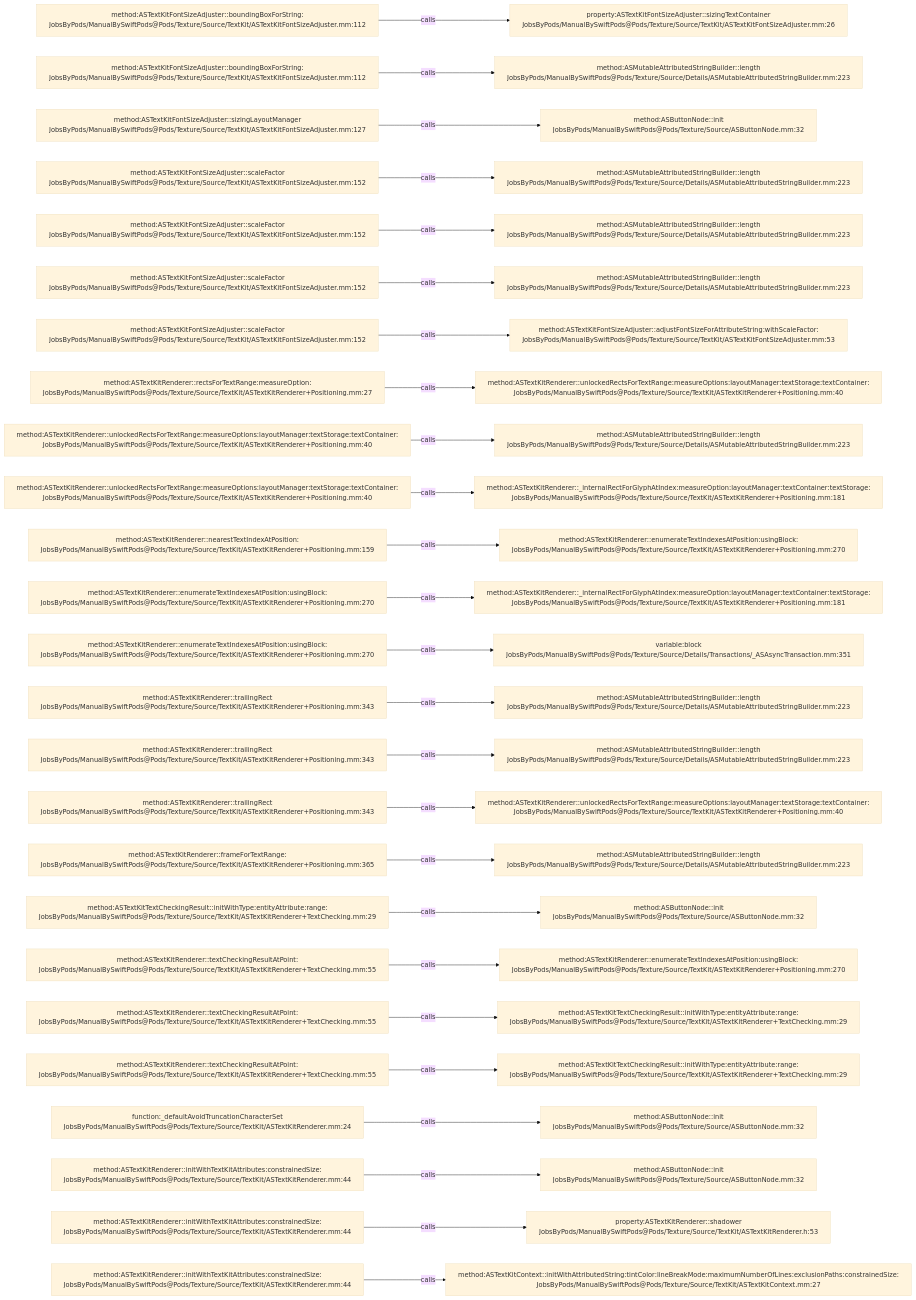
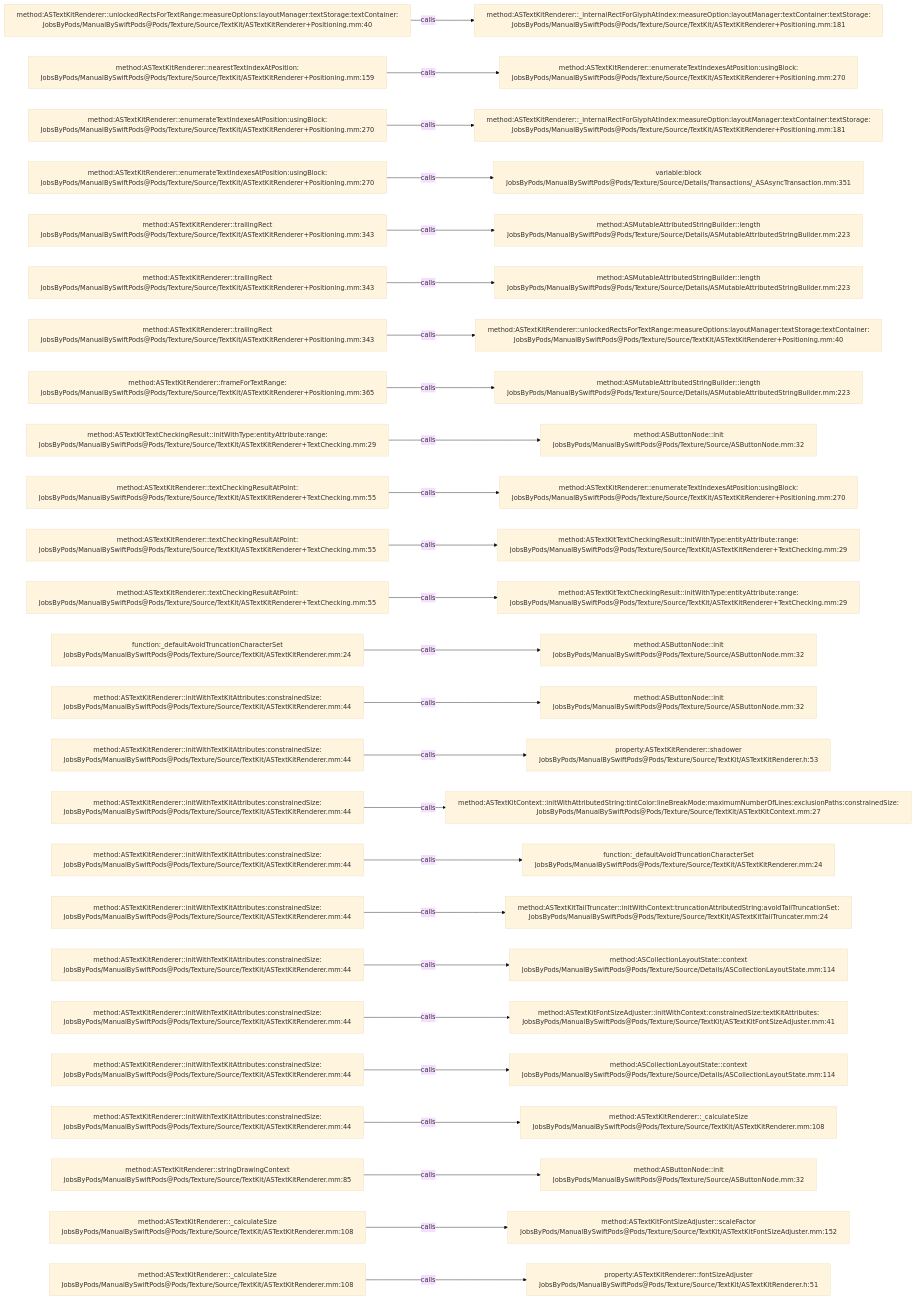
The diagram in .codegraph/codegraph.md/graphs/calls-149.md (JobsKits/JobsSwiftBaseConfigDemo), drawn with Mermaid (base theme) before and after one commit. The commit also changed 707 other files, not shown here.

````diff
--- a/.codegraph/codegraph.md/graphs/calls-149.md
+++ b/.codegraph/codegraph.md/graphs/calls-149.md
@@ -13,78 +13,78 @@
 ```mermaid
 flowchart LR
-  S1["method:ASTextKitFontSizeAdjuster::boundingBoxForString:<br/>JobsByPods/ManualBySwiftPods@Pods/Texture/Source/TextKit/ASTextKitFontSizeAdjuster.mm:112"]
-  T1["property:ASTextKitFontSizeAdjuster::sizingTextContainer<br/>JobsByPods/ManualBySwiftPods@Pods/Texture/Source/TextKit/ASTextKitFontSizeAdjuster.mm:26"]
+  S1["method:ASTextKitRenderer::unlockedRectsForTextRange:measureOptions:layoutManager:textStorage:textContainer:<br/>JobsByPods/ManualBySwiftPods@Pods/Texture/Source/TextKit/ASTextKitRenderer+Positioning.mm:40"]
+  T1["method:ASTextKitRenderer::_internalRectForGlyphAtIndex:measureOption:layoutManager:textContainer:textStorage:<br/>JobsByPods/ManualBySwiftPods@Pods/Texture/Source/TextKit/ASTextKitRenderer+Positioning.mm:181"]
   S1 -->|calls| T1
-  S2["method:ASTextKitFontSizeAdjuster::boundingBoxForString:<br/>JobsByPods/ManualBySwiftPods@Pods/Texture/Source/TextKit/ASTextKitFontSizeAdjuster.mm:112"]
-  T2["method:ASMutableAttributedStringBuilder::length<br/>JobsByPods/ManualBySwiftPods@Pods/Texture/Source/Details/ASMutableAttributedStringBuilder.mm:223"]
+  S2["method:ASTextKitRenderer::nearestTextIndexAtPosition:<br/>JobsByPods/ManualBySwiftPods@Pods/Texture/Source/TextKit/ASTextKitRenderer+Positioning.mm:159"]
+  T2["method:ASTextKitRenderer::enumerateTextIndexesAtPosition:usingBlock:<br/>JobsByPods/ManualBySwiftPods@Pods/Texture/Source/TextKit/ASTextKitRenderer+Positioning.mm:270"]
   S2 -->|calls| T2
-  S3["method:ASTextKitFontSizeAdjuster::sizingLayoutManager<br/>JobsByPods/ManualBySwiftPods@Pods/Texture/Source/TextKit/ASTextKitFontSizeAdjuster.mm:127"]
-  T3["method:ASButtonNode::init<br/>JobsByPods/ManualBySwiftPods@Pods/Texture/Source/ASButtonNode.mm:32"]
+  S3["method:ASTextKitRenderer::enumerateTextIndexesAtPosition:usingBlock:<br/>JobsByPods/ManualBySwiftPods@Pods/Texture/Source/TextKit/ASTextKitRenderer+Positioning.mm:270"]
+  T3["method:ASTextKitRenderer::_internalRectForGlyphAtIndex:measureOption:layoutManager:textContainer:textStorage:<br/>JobsByPods/ManualBySwiftPods@Pods/Texture/Source/TextKit/ASTextKitRenderer+Positioning.mm:181"]
   S3 -->|calls| T3
-  S4["method:ASTextKitFontSizeAdjuster::scaleFactor<br/>JobsByPods/ManualBySwiftPods@Pods/Texture/Source/TextKit/ASTextKitFontSizeAdjuster.mm:152"]
-  T4["method:ASMutableAttributedStringBuilder::length<br/>JobsByPods/ManualBySwiftPods@Pods/Texture/Source/Details/ASMutableAttributedStringBuilder.mm:223"]
+  S4["method:ASTextKitRenderer::enumerateTextIndexesAtPosition:usingBlock:<br/>JobsByPods/ManualBySwiftPods@Pods/Texture/Source/TextKit/ASTextKitRenderer+Positioning.mm:270"]
+  T4["variable:block<br/>JobsByPods/ManualBySwiftPods@Pods/Texture/Source/Details/Transactions/_ASAsyncTransaction.mm:351"]
   S4 -->|calls| T4
-  S5["method:ASTextKitFontSizeAdjuster::scaleFactor<br/>JobsByPods/ManualBySwiftPods@Pods/Texture/Source/TextKit/ASTextKitFontSizeAdjuster.mm:152"]
+  S5["method:ASTextKitRenderer::trailingRect<br/>JobsByPods/ManualBySwiftPods@Pods/Texture/Source/TextKit/ASTextKitRenderer+Positioning.mm:343"]
   T5["method:ASMutableAttributedStringBuilder::length<br/>JobsByPods/ManualBySwiftPods@Pods/Texture/Source/Details/ASMutableAttributedStringBuilder.mm:223"]
   S5 -->|calls| T5
-  S6["method:ASTextKitFontSizeAdjuster::scaleFactor<br/>JobsByPods/ManualBySwiftPods@Pods/Texture/Source/TextKit/ASTextKitFontSizeAdjuster.mm:152"]
+  S6["method:ASTextKitRenderer::trailingRect<br/>JobsByPods/ManualBySwiftPods@Pods/Texture/Source/TextKit/ASTextKitRenderer+Positioning.mm:343"]
   T6["method:ASMutableAttributedStringBuilder::length<br/>JobsByPods/ManualBySwiftPods@Pods/Texture/Source/Details/ASMutableAttributedStringBuilder.mm:223"]
   S6 -->|calls| T6
-  S7["method:ASTextKitFontSizeAdjuster::scaleFactor<br/>JobsByPods/ManualBySwiftPods@Pods/Texture/Source/TextKit/ASTextKitFontSizeAdjuster.mm:152"]
-  T7["method:ASTextKitFontSizeAdjuster::adjustFontSizeForAttributeString:withScaleFactor:<br/>JobsByPods/ManualBySwiftPods@Pods/Texture/Source/TextKit/ASTextKitFontSizeAdjuster.mm:53"]
+  S7["method:ASTextKitRenderer::trailingRect<br/>JobsByPods/ManualBySwiftPods@Pods/Texture/Source/TextKit/ASTextKitRenderer+Positioning.mm:343"]
+  T7["method:ASTextKitRenderer::unlockedRectsForTextRange:measureOptions:layoutManager:textStorage:textContainer:<br/>JobsByPods/ManualBySwiftPods@Pods/Texture/Source/TextKit/ASTextKitRenderer+Positioning.mm:40"]
   S7 -->|calls| T7
-  S8["method:ASTextKitRenderer::rectsForTextRange:measureOption:<br/>JobsByPods/ManualBySwiftPods@Pods/Texture/Source/TextKit/ASTextKitRenderer+Positioning.mm:27"]
-  T8["method:ASTextKitRenderer::unlockedRectsForTextRange:measureOptions:layoutManager:textStorage:textContainer:<br/>JobsByPods/ManualBySwiftPods@Pods/Texture/Source/TextKit/ASTextKitRenderer+Positioning.mm:40"]
+  S8["method:ASTextKitRenderer::frameForTextRange:<br/>JobsByPods/ManualBySwiftPods@Pods/Texture/Source/TextKit/ASTextKitRenderer+Positioning.mm:365"]
+  T8["method:ASMutableAttributedStringBuilder::length<br/>JobsByPods/ManualBySwiftPods@Pods/Texture/Source/Details/ASMutableAttributedStringBuilder.mm:223"]
   S8 -->|calls| T8
-  S9["method:ASTextKitRenderer::unlockedRectsForTextRange:measureOptions:layoutManager:textStorage:textContainer:<br/>JobsByPods/ManualBySwiftPods@Pods/Texture/Source/TextKit/ASTextKitRenderer+Positioning.mm:40"]
-  T9["method:ASMutableAttributedStringBuilder::length<br/>JobsByPods/ManualBySwiftPods@Pods/Texture/Source/Details/ASMutableAttributedStringBuilder.mm:223"]
+  S9["method:ASTextKitTextCheckingResult::initWithType:entityAttribute:range:<br/>JobsByPods/ManualBySwiftPods@Pods/Texture/Source/TextKit/ASTextKitRenderer+TextChecking.mm:29"]
+  T9["method:ASButtonNode::init<br/>JobsByPods/ManualBySwiftPods@Pods/Texture/Source/ASButtonNode.mm:32"]
   S9 -->|calls| T9
-  S10["method:ASTextKitRenderer::unlockedRectsForTextRange:measureOptions:layoutManager:textStorage:textContainer:<br/>JobsByPods/ManualBySwiftPods@Pods/Texture/Source/TextKit/ASTextKitRenderer+Positioning.mm:40"]
-  T10["method:ASTextKitRenderer::_internalRectForGlyphAtIndex:measureOption:layoutManager:textContainer:textStorage:<br/>JobsByPods/ManualBySwiftPods@Pods/Texture/Source/TextKit/ASTextKitRenderer+Positioning.mm:181"]
+  S10["method:ASTextKitRenderer::textCheckingResultAtPoint:<br/>JobsByPods/ManualBySwiftPods@Pods/Texture/Source/TextKit/ASTextKitRenderer+TextChecking.mm:55"]
+  T10["method:ASTextKitRenderer::enumerateTextIndexesAtPosition:usingBlock:<br/>JobsByPods/ManualBySwiftPods@Pods/Texture/Source/TextKit/ASTextKitRenderer+Positioning.mm:270"]
   S10 -->|calls| T10
-  S11["method:ASTextKitRenderer::nearestTextIndexAtPosition:<br/>JobsByPods/ManualBySwiftPods@Pods/Texture/Source/TextKit/ASTextKitRenderer+Positioning.mm:159"]
-  T11["method:ASTextKitRenderer::enumerateTextIndexesAtPosition:usingBlock:<br/>JobsByPods/ManualBySwiftPods@Pods/Texture/Source/TextKit/ASTextKitRenderer+Positioning.mm:270"]
+  S11["method:ASTextKitRenderer::textCheckingResultAtPoint:<br/>JobsByPods/ManualBySwiftPods@Pods/Texture/Source/TextKit/ASTextKitRenderer+TextChecking.mm:55"]
+  T11["method:ASTextKitTextCheckingResult::initWithType:entityAttribute:range:<br/>JobsByPods/ManualBySwiftPods@Pods/Texture/Source/TextKit/ASTextKitRenderer+TextChecking.mm:29"]
   S11 -->|calls| T11
-  S12["method:ASTextKitRenderer::enumerateTextIndexesAtPosition:usingBlock:<br/>JobsByPods/ManualBySwiftPods@Pods/Texture/Source/TextKit/ASTextKitRenderer+Positioning.mm:270"]
-  T12["method:ASTextKitRenderer::_internalRectForGlyphAtIndex:measureOption:layoutManager:textContainer:textStorage:<br/>JobsByPods/ManualBySwiftPods@Pods/Texture/Source/TextKit/ASTextKitRenderer+Positioning.mm:181"]
+  S12["method:ASTextKitRenderer::textCheckingResultAtPoint:<br/>JobsByPods/ManualBySwiftPods@Pods/Texture/Source/TextKit/ASTextKitRenderer+TextChecking.mm:55"]
+  T12["method:ASTextKitTextCheckingResult::initWithType:entityAttribute:range:<br/>JobsByPods/ManualBySwiftPods@Pods/Texture/Source/TextKit/ASTextKitRenderer+TextChecking.mm:29"]
   S12 -->|calls| T12
-  S13["method:ASTextKitRenderer::enumerateTextIndexesAtPosition:usingBlock:<br/>JobsByPods/ManualBySwiftPods@Pods/Texture/Source/TextKit/ASTextKitRenderer+Positioning.mm:270"]
-  T13["variable:block<br/>JobsByPods/ManualBySwiftPods@Pods/Texture/Source/Details/Transactions/_ASAsyncTransaction.mm:351"]
+  S13["function:_defaultAvoidTruncationCharacterSet<br/>JobsByPods/ManualBySwiftPods@Pods/Texture/Source/TextKit/ASTextKitRenderer.mm:24"]
+  T13["method:ASButtonNode::init<br/>JobsByPods/ManualBySwiftPods@Pods/Texture/Source/ASButtonNode.mm:32"]
   S13 -->|calls| T13
-  S14["method:ASTextKitRenderer::trailingRect<br/>JobsByPods/ManualBySwiftPods@Pods/Texture/Source/TextKit/ASTextKitRenderer+Positioning.mm:343"]
-  T14["method:ASMutableAttributedStringBuilder::length<br/>JobsByPods/ManualBySwiftPods@Pods/Texture/Source/Details/ASMutableAttributedStringBuilder.mm:223"]
+  S14["method:ASTextKitRenderer::initWithTextKitAttributes:constrainedSize:<br/>JobsByPods/ManualBySwiftPods@Pods/Texture/Source/TextKit/ASTextKitRenderer.mm:44"]
+  T14["method:ASButtonNode::init<br/>JobsByPods/ManualBySwiftPods@Pods/Texture/Source/ASButtonNode.mm:32"]
   S14 -->|calls| T14
-  S15["method:ASTextKitRenderer::trailingRect<br/>JobsByPods/ManualBySwiftPods@Pods/Texture/Source/TextKit/ASTextKitRenderer+Positioning.mm:343"]
-  T15["method:ASMutableAttributedStringBuilder::length<br/>JobsByPods/ManualBySwiftPods@Pods/Texture/Source/Details/ASMutableAttributedStringBuilder.mm:223"]
+  S15["method:ASTextKitRenderer::initWithTextKitAttributes:constrainedSize:<br/>JobsByPods/ManualBySwiftPods@Pods/Texture/Source/TextKit/ASTextKitRenderer.mm:44"]
+  T15["property:ASTextKitRenderer::shadower<br/>JobsByPods/ManualBySwiftPods@Pods/Texture/Source/TextKit/ASTextKitRenderer.h:53"]
   S15 -->|calls| T15
-  S16["method:ASTextKitRenderer::trailingRect<br/>JobsByPods/ManualBySwiftPods@Pods/Texture/Source/TextKit/ASTextKitRenderer+Positioning.mm:343"]
-  T16["method:ASTextKitRenderer::unlockedRectsForTextRange:measureOptions:layoutManager:textStorage:textContainer:<br/>JobsByPods/ManualBySwiftPods@Pods/Texture/Source/TextKit/ASTextKitRenderer+Positioning.mm:40"]
+  S16["method:ASTextKitRenderer::initWithTextKitAttributes:constrainedSize:<br/>JobsByPods/ManualBySwiftPods@Pods/Texture/Source/TextKit/ASTextKitRenderer.mm:44"]
+  T16["method:ASTextKitContext::initWithAttributedString:tintColor:lineBreakMode:maximumNumberOfLines:exclusionPaths:constrainedSize:<br/>JobsByPods/ManualBySwiftPods@Pods/Texture/Source/TextKit/ASTextKitContext.mm:27"]
   S16 -->|calls| T16
-  S17["method:ASTextKitRenderer::frameForTextRange:<br/>JobsByPods/ManualBySwiftPods@Pods/Texture/Source/TextKit/ASTextKitRenderer+Positioning.mm:365"]
-  T17["method:ASMutableAttributedStringBuilder::length<br/>JobsByPods/ManualBySwiftPods@Pods/Texture/Source/Details/ASMutableAttributedStringBuilder.mm:223"]
+  S17["method:ASTextKitRenderer::initWithTextKitAttributes:constrainedSize:<br/>JobsByPods/ManualBySwiftPods@Pods/Texture/Source/TextKit/ASTextKitRenderer.mm:44"]
+  T17["function:_defaultAvoidTruncationCharacterSet<br/>JobsByPods/ManualBySwiftPods@Pods/Texture/Source/TextKit/ASTextKitRenderer.mm:24"]
   S17 -->|calls| T17
-  S18["method:ASTextKitTextCheckingResult::initWithType:entityAttribute:range:<br/>JobsByPods/ManualBySwiftPods@Pods/Texture/Source/TextKit/ASTextKitRenderer+TextChecking.mm:29"]
-  T18["method:ASButtonNode::init<br/>JobsByPods/ManualBySwiftPods@Pods/Texture/Source/ASButtonNode.mm:32"]
+  S18["method:ASTextKitRenderer::initWithTextKitAttributes:constrainedSize:<br/>JobsByPods/ManualBySwiftPods@Pods/Texture/Source/TextKit/ASTextKitRenderer.mm:44"]
+  T18["method:ASTextKitTailTruncater::initWithContext:truncationAttributedString:avoidTailTruncationSet:<br/>JobsByPods/ManualBySwiftPods@Pods/Texture/Source/TextKit/ASTextKitTailTruncater.mm:24"]
   S18 -->|calls| T18
-  S19["method:ASTextKitRenderer::textCheckingResultAtPoint:<br/>JobsByPods/ManualBySwiftPods@Pods/Texture/Source/TextKit/ASTextKitRenderer+TextChecking.mm:55"]
-  T19["method:ASTextKitRenderer::enumerateTextIndexesAtPosition:usingBlock:<br/>JobsByPods/ManualBySwiftPods@Pods/Texture/Source/TextKit/ASTextKitRenderer+Positioning.mm:270"]
+  S19["method:ASTextKitRenderer::initWithTextKitAttributes:constrainedSize:<br/>JobsByPods/ManualBySwiftPods@Pods/Texture/Source/TextKit/ASTextKitRenderer.mm:44"]
+  T19["method:ASCollectionLayoutState::context<br/>JobsByPods/ManualBySwiftPods@Pods/Texture/Source/Details/ASCollectionLayoutState.mm:114"]
   S19 -->|calls| T19
-  S20["method:ASTextKitRenderer::textCheckingResultAtPoint:<br/>JobsByPods/ManualBySwiftPods@Pods/Texture/Source/TextKit/ASTextKitRenderer+TextChecking.mm:55"]
-  T20["method:ASTextKitTextCheckingResult::initWithType:entityAttribute:range:<br/>JobsByPods/ManualBySwiftPods@Pods/Texture/Source/TextKit/ASTextKitRenderer+TextChecking.mm:29"]
+  S20["method:ASTextKitRenderer::initWithTextKitAttributes:constrainedSize:<br/>JobsByPods/ManualBySwiftPods@Pods/Texture/Source/TextKit/ASTextKitRenderer.mm:44"]
+  T20["method:ASTextKitFontSizeAdjuster::initWithContext:constrainedSize:textKitAttributes:<br/>JobsByPods/ManualBySwiftPods@Pods/Texture/Source/TextKit/ASTextKitFontSizeAdjuster.mm:41"]
   S20 -->|calls| T20
-  S21["method:ASTextKitRenderer::textCheckingResultAtPoint:<br/>JobsByPods/ManualBySwiftPods@Pods/Texture/Source/TextKit/ASTextKitRenderer+TextChecking.mm:55"]
-  T21["method:ASTextKitTextCheckingResult::initWithType:entityAttribute:range:<br/>JobsByPods/ManualBySwiftPods@Pods/Texture/Source/TextKit/ASTextKitRenderer+TextChecking.mm:29"]
+  S21["method:ASTextKitRenderer::initWithTextKitAttributes:constrainedSize:<br/>JobsByPods/ManualBySwiftPods@Pods/Texture/Source/TextKit/ASTextKitRenderer.mm:44"]
+  T21["method:ASCollectionLayoutState::context<br/>JobsByPods/ManualBySwiftPods@Pods/Texture/Source/Details/ASCollectionLayoutState.mm:114"]
   S21 -->|calls| T21
-  S22["function:_defaultAvoidTruncationCharacterSet<br/>JobsByPods/ManualBySwiftPods@Pods/Texture/Source/TextKit/ASTextKitRenderer.mm:24"]
-  T22["method:ASButtonNode::init<br/>JobsByPods/ManualBySwiftPods@Pods/Texture/Source/ASButtonNode.mm:32"]
+  S22["method:ASTextKitRenderer::initWithTextKitAttributes:constrainedSize:<br/>JobsByPods/ManualBySwiftPods@Pods/Texture/Source/TextKit/ASTextKitRenderer.mm:44"]
+  T22["method:ASTextKitRenderer::_calculateSize<br/>JobsByPods/ManualBySwiftPods@Pods/Texture/Source/TextKit/ASTextKitRenderer.mm:108"]
   S22 -->|calls| T22
-  S23["method:ASTextKitRenderer::initWithTextKitAttributes:constrainedSize:<br/>JobsByPods/ManualBySwiftPods@Pods/Texture/Source/TextKit/ASTextKitRenderer.mm:44"]
+  S23["method:ASTextKitRenderer::stringDrawingContext<br/>JobsByPods/ManualBySwiftPods@Pods/Texture/Source/TextKit/ASTextKitRenderer.mm:85"]
   T23["method:ASButtonNode::init<br/>JobsByPods/ManualBySwiftPods@Pods/Texture/Source/ASButtonNode.mm:32"]
   S23 -->|calls| T23
-  S24["method:ASTextKitRenderer::initWithTextKitAttributes:constrainedSize:<br/>JobsByPods/ManualBySwiftPods@Pods/Texture/Source/TextKit/ASTextKitRenderer.mm:44"]
-  T24["property:ASTextKitRenderer::shadower<br/>JobsByPods/ManualBySwiftPods@Pods/Texture/Source/TextKit/ASTextKitRenderer.h:53"]
+  S24["method:ASTextKitRenderer::_calculateSize<br/>JobsByPods/ManualBySwiftPods@Pods/Texture/Source/TextKit/ASTextKitRenderer.mm:108"]
+  T24["method:ASTextKitFontSizeAdjuster::scaleFactor<br/>JobsByPods/ManualBySwiftPods@Pods/Texture/Source/TextKit/ASTextKitFontSizeAdjuster.mm:152"]
   S24 -->|calls| T24
-  S25["method:ASTextKitRenderer::initWithTextKitAttributes:constrainedSize:<br/>JobsByPods/ManualBySwiftPods@Pods/Texture/Source/TextKit/ASTextKitRenderer.mm:44"]
-  T25["method:ASTextKitContext::initWithAttributedString:tintColor:lineBreakMode:maximumNumberOfLines:exclusionPaths:constrainedSize:<br/>JobsByPods/ManualBySwiftPods@Pods/Texture/Source/TextKit/ASTextKitContext.mm:27"]
+  S25["method:ASTextKitRenderer::_calculateSize<br/>JobsByPods/ManualBySwiftPods@Pods/Texture/Source/TextKit/ASTextKitRenderer.mm:108"]
+  T25["property:ASTextKitRenderer::fontSizeAdjuster<br/>JobsByPods/ManualBySwiftPods@Pods/Texture/Source/TextKit/ASTextKitRenderer.h:51"]
   S25 -->|calls| T25
 ```
````
